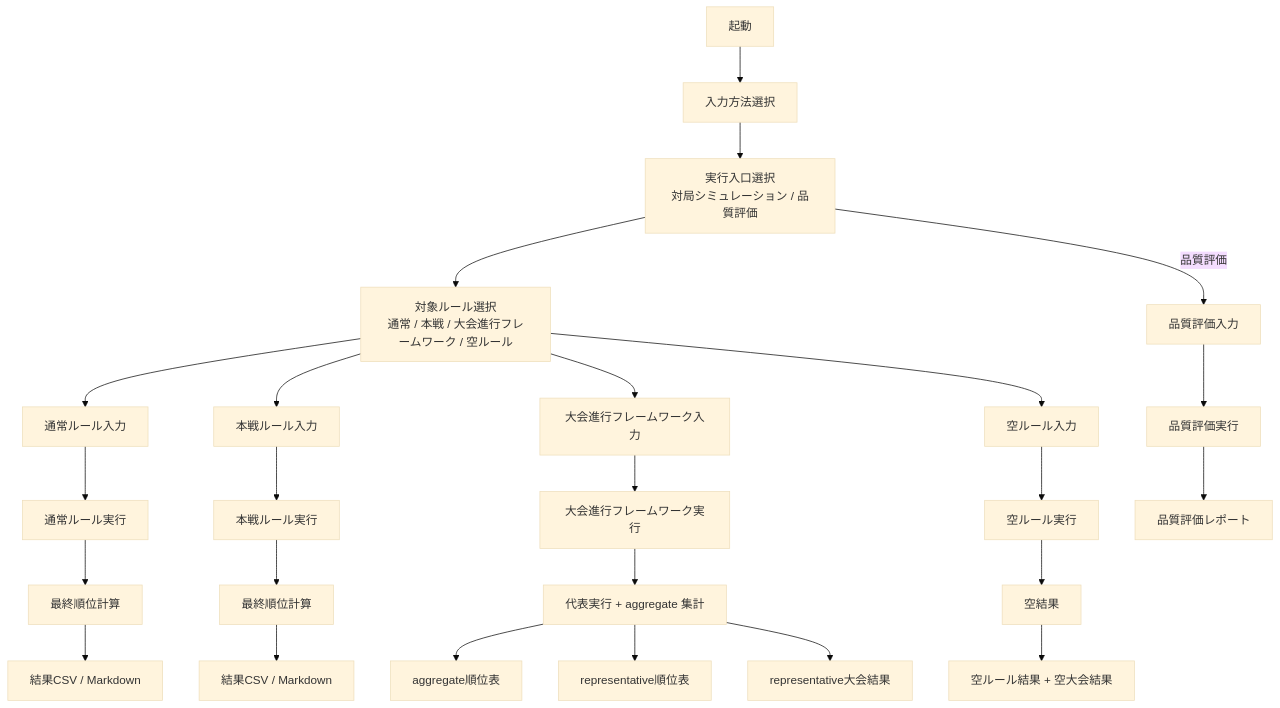
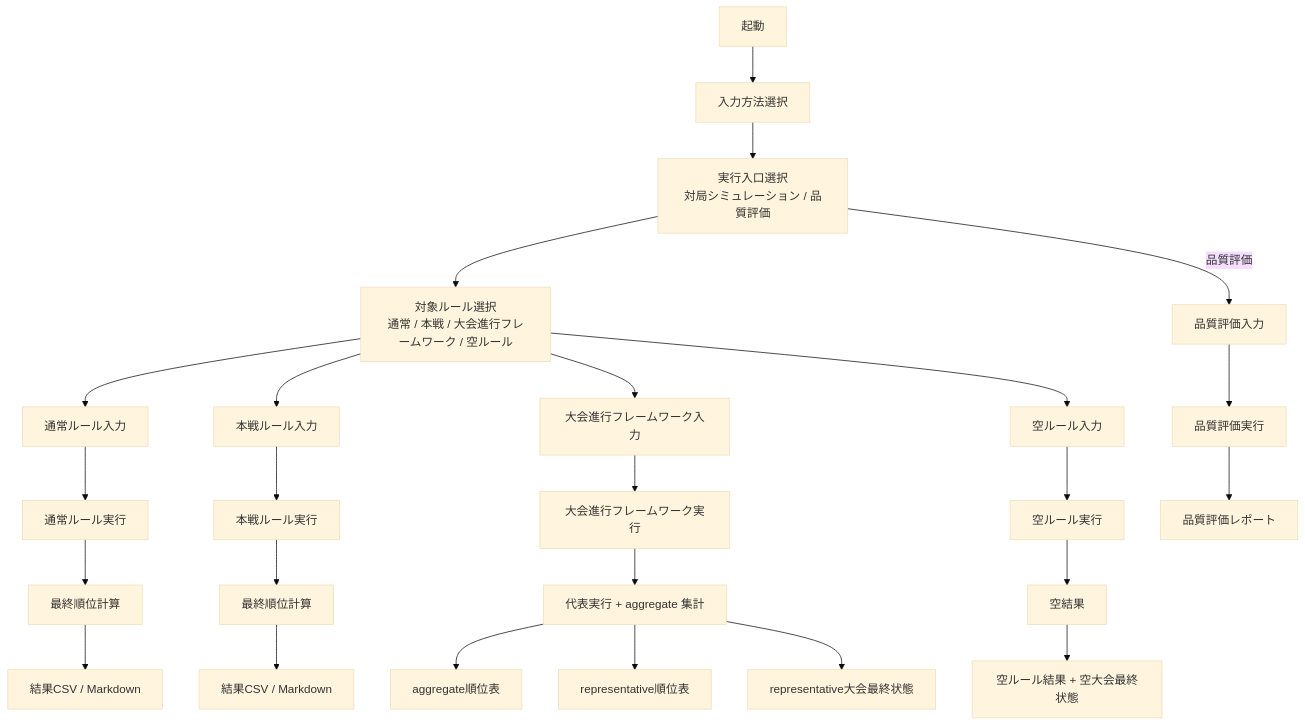
Before and after one commit to muzudho/ShogiTournamentSystemAnalyzer: the first of 5 diagrams in docs/むずでょの案/［大会ルール作成］の理想形と現状の差.md, drawn with Mermaid (base theme). The commit also changed other lines of this file and 11 other files, not shown here.

````diff
--- a/docs/むずでょの案/［大会ルール作成］の理想形と現状の差.md
+++ b/docs/むずでょの案/［大会ルール作成］の理想形と現状の差.md
@@ -24,32 +24,32 @@
 ```mermaid
 flowchart TD
 	A[起動] --> B[入力方法選択]
 	B --> C[実行入口選択<br/>対局シミュレーション / 品質評価]
 	C --> D[対象ルール選択<br/>通常 / 本戦 / 大会進行フレームワーク / 空ルール]
 
 	D --> E1[通常ルール入力]
 	D --> E2[本戦ルール入力]
 	D --> E3[大会進行フレームワーク入力]
 	D --> E4[空ルール入力]
 	C -->|品質評価| Q1[品質評価入力]
 
 	E1 --> S1[通常ルール実行]
 	E2 --> S2[本戦ルール実行]
 	E3 --> S3[大会進行フレームワーク実行]
 	E4 --> S4[空ルール実行]
 
 	S1 --> R1[最終順位計算]
 	S2 --> R2[最終順位計算]
 	S3 --> R3[代表実行 + aggregate 集計]
 	S4 --> R4[空結果]
 
 	R1 --> O1[結果CSV / Markdown]
 	R2 --> O2[結果CSV / Markdown]
 	R3 --> O3[aggregate順位表]
 	R3 --> O4[representative順位表]
-	R3 --> O5[representative大会結果]
-	R4 --> O6[空ルール結果 + 空大会結果]
+	R3 --> O5[representative大会最終状態]
+	R4 --> O6[空ルール結果 + 空大会最終状態]
 
 	Q1 --> Q2[品質評価実行]
 	Q2 --> Q3[品質評価レポート]
 ```
````
